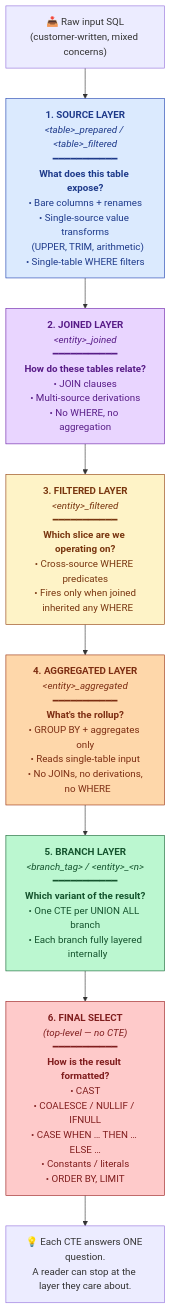
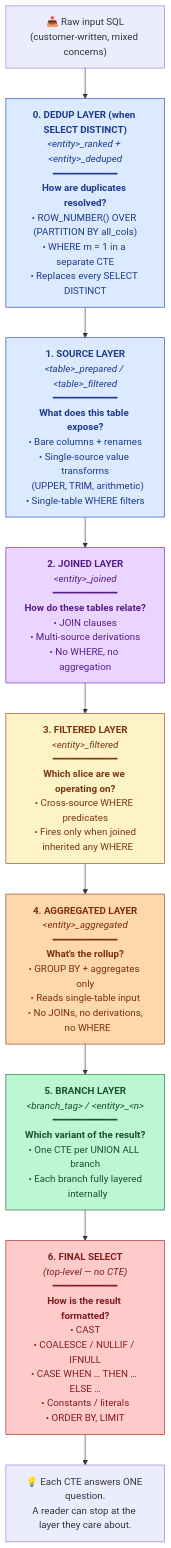
Before and after one commit to jacovanderlaan/mdde-demo: the diagram in examples/sql_process/docs/infographics/01-layer-model.mmd, drawn with Mermaid. The commit also changed 13 other files, not shown here.

```diff
--- a/examples/sql_process/docs/infographics/01-layer-model.mmd
+++ b/examples/sql_process/docs/infographics/01-layer-model.mmd
@@ -1,35 +1,38 @@
 %% Infographic 01 — The Five-Layer SQL Refactor Pipeline
 %% Render with: mermaid-cli, draw.io, or any Mermaid-compatible tool
 %% Source brief: 01-layer-model.md
 
 flowchart TD
     classDef source fill:#dbeafe,stroke:#1e40af,color:#1e3a8a
     classDef joined fill:#e9d5ff,stroke:#6b21a8,color:#581c87
     classDef filtered fill:#fef3c7,stroke:#92400e,color:#78350f
     classDef agg fill:#fed7aa,stroke:#9a3412,color:#7c2d12
     classDef branch fill:#bbf7d0,stroke:#166534,color:#14532d
     classDef final fill:#fecaca,stroke:#991b1b,color:#7f1d1d
 
     INPUT["📥 Raw input SQL<br/>(customer-written, mixed concerns)"]
 
+    L0["<b>0. DEDUP LAYER (when SELECT DISTINCT)</b><br/><i>&lt;entity&gt;_ranked + &lt;entity&gt;_deduped</i><br/>━━━━━━━━━━━<br/><b>How are duplicates resolved?</b><br/>• ROW_NUMBER() OVER (PARTITION BY all_cols)<br/>• WHERE rn = 1 in a separate CTE<br/>• Replaces every SELECT DISTINCT"]:::source
+
     L1["<b>1. SOURCE LAYER</b><br/><i>&lt;table&gt;_prepared / &lt;table&gt;_filtered</i><br/>━━━━━━━━━━━<br/><b>What does this table expose?</b><br/>• Bare columns + renames<br/>• Single-source value transforms<br/>&nbsp;&nbsp;(UPPER, TRIM, arithmetic)<br/>• Single-table WHERE filters"]:::source
 
     L2["<b>2. JOINED LAYER</b><br/><i>&lt;entity&gt;_joined</i><br/>━━━━━━━━━━━<br/><b>How do these tables relate?</b><br/>• JOIN clauses<br/>• Multi-source derivations<br/>• No WHERE, no aggregation"]:::joined
 
     L3["<b>3. FILTERED LAYER</b><br/><i>&lt;entity&gt;_filtered</i><br/>━━━━━━━━━━━<br/><b>Which slice are we operating on?</b><br/>• Cross-source WHERE predicates<br/>• Fires only when joined<br/>&nbsp;&nbsp;inherited any WHERE"]:::filtered
 
     L4["<b>4. AGGREGATED LAYER</b><br/><i>&lt;entity&gt;_aggregated</i><br/>━━━━━━━━━━━<br/><b>What's the rollup?</b><br/>• GROUP BY + aggregates only<br/>• Reads single-table input<br/>• No JOINs, no derivations,<br/>&nbsp;&nbsp;no WHERE"]:::agg
 
     L5["<b>5. BRANCH LAYER</b><br/><i>&lt;branch_tag&gt; / &lt;entity&gt;_&lt;n&gt;</i><br/>━━━━━━━━━━━<br/><b>Which variant of the result?</b><br/>• One CTE per UNION ALL branch<br/>• Each branch fully layered<br/>&nbsp;&nbsp;internally"]:::branch
 
     L6["<b>6. FINAL SELECT</b><br/><i>(top-level — no CTE)</i><br/>━━━━━━━━━━━<br/><b>How is the result formatted?</b><br/>• CAST<br/>• COALESCE / NULLIF / IFNULL<br/>• CASE WHEN … THEN … ELSE …<br/>• Constants / literals<br/>• ORDER BY, LIMIT"]:::final
 
-    INPUT --> L1
+    INPUT --> L0
+    L0 --> L1
     L1 --> L2
     L2 --> L3
     L3 --> L4
     L4 --> L5
     L5 --> L6
 
     TAKEAWAY["💡 Each CTE answers ONE question.<br/>A reader can stop at the layer they care about."]
     L6 --> TAKEAWAY
```
